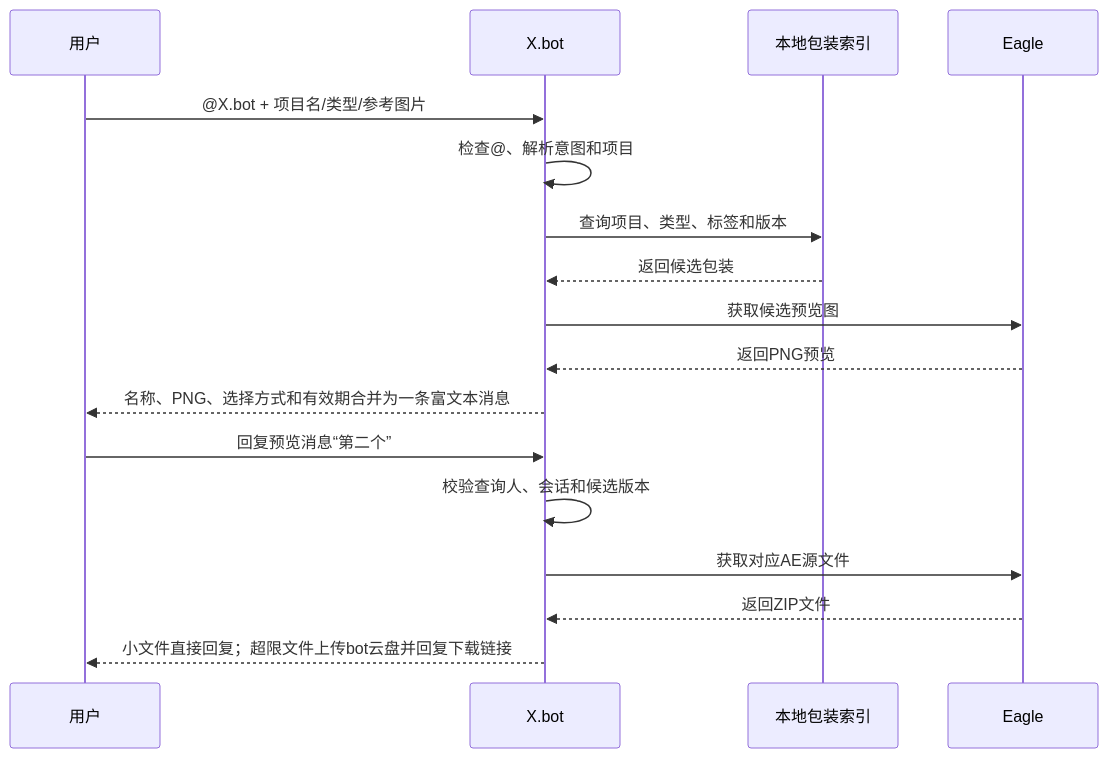
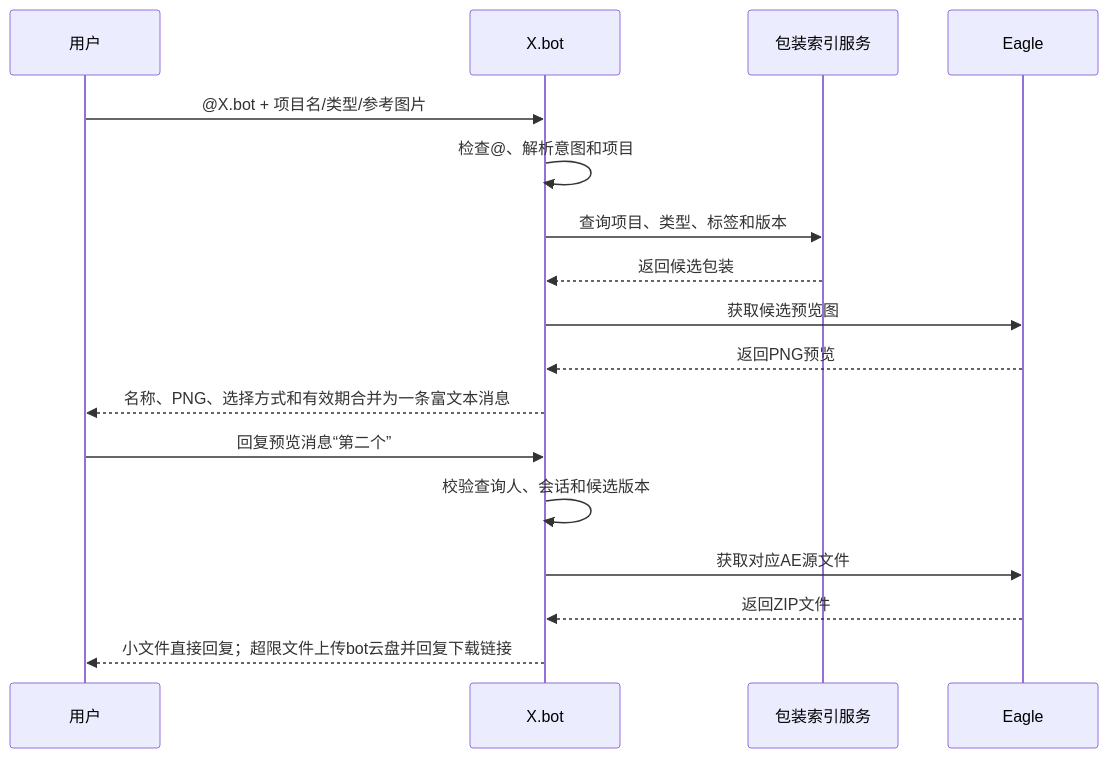
One commit to OooT-x/xbot-packaging-search changed the diagram in docs/飞书机器人包装素材检索项目文档.md. Above: the diagram before and after it, drawn with Mermaid. The commit also changed other lines of this file and 5 other files, not shown here.

Commit message:
docs: consolidate project state and shared deployment architecture

````diff
--- a/docs/飞书机器人包装素材检索项目文档.md
+++ b/docs/飞书机器人包装素材检索项目文档.md
@@ -382,20 +435,20 @@
 ```mermaid
 sequenceDiagram
     participant U as 用户
     participant B as X.bot
-    participant I as 本地包装索引
+    participant I as 包装索引服务
     participant E as Eagle
 
     U->>B: @X.bot + 项目名/类型/参考图片
     B->>B: 检查@、解析意图和项目
     B->>I: 查询项目、类型、标签和版本
     I-->>B: 返回候选包装
     B->>E: 获取候选预览图
     E-->>B: 返回PNG预览
     B-->>U: 名称、PNG、选择方式和有效期合并为一条富文本消息
     U->>B: 回复预览消息“第二个”
     B->>B: 校验查询人、会话和候选版本
     B->>E: 获取对应AE源文件
     E-->>B: 返回ZIP文件
     B-->>U: 小文件直接回复；超限文件上传bot云盘并回复下载链接
 ```
````
